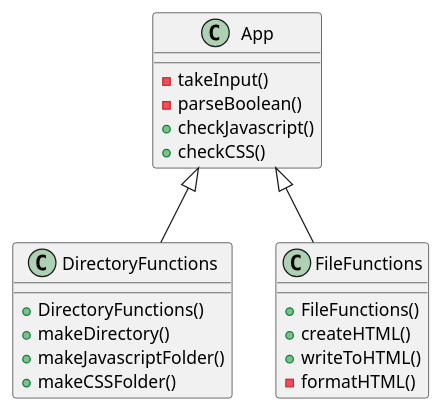
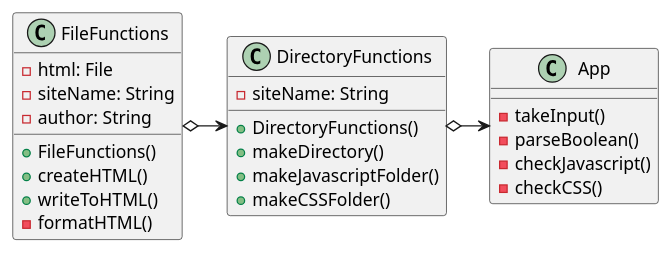
Before and after one commit to ivy-nguyen18/nguyen-cop3330-assignment3: the diagram in src/main/java/oop/assignment3/ex43/base/WebsiteGenerator.puml, drawn with PlantUML. The commit also changed 10 other files, not shown here.

Commit message:
All plantUML updated

```diff
--- a/src/main/java/oop/assignment3/ex43/base/WebsiteGenerator.puml
+++ b/src/main/java/oop/assignment3/ex43/base/WebsiteGenerator.puml
@@ -1,28 +1,34 @@
 @startuml
 'https://plantuml.com/class-diagram
 
-App <|-- DirectoryFunctions
-App <|-- FileFunctions
+FileFunctions o-> DirectoryFunctions
+DirectoryFunctions o-> App
 
 class DirectoryFunctions {
-+ DirectoryFunctions()
-+ makeDirectory()
-+ makeJavascriptFolder()
-+ makeCSSFolder()
+    - siteName: String
+
+    + DirectoryFunctions()
+    + makeDirectory()
+    + makeJavascriptFolder()
+    + makeCSSFolder()
 }
 
 class FileFunctions{
-+ FileFunctions()
-+ createHTML()
-+ writeToHTML()
-- formatHTML()
+    - html: File
+    - siteName: String
+    - author: String
+
+    + FileFunctions()
+    + createHTML()
+    + writeToHTML()
+    - formatHTML()
 }
 
 class App{
-- takeInput()
-- parseBoolean()
-+ checkJavascript()
-+ checkCSS()
+    - takeInput()
+    - parseBoolean()
+    - checkJavascript()
+    - checkCSS()
 }
 
 @enduml
```
